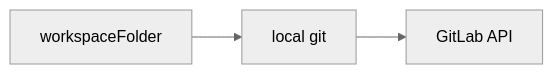
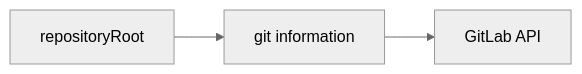
Before and after one commit to vnkazna/container_monitor: the first of 2 diagrams in docs/architecture.md, drawn with Mermaid (neutral theme). The commit also changed other lines of this file and 1 other file, not shown here.

Commit message:
docs: remove mentions of multi-root workspaces

````diff
--- a/docs/architecture.md
+++ b/docs/architecture.md
@@ -15,5 +15,5 @@
 ```mermaid
 graph LR;
-A[workspaceFolder] --> B[local git]
+A[repositoryRoot] --> B[git information]
 B --> C[GitLab API]
 ```
````
